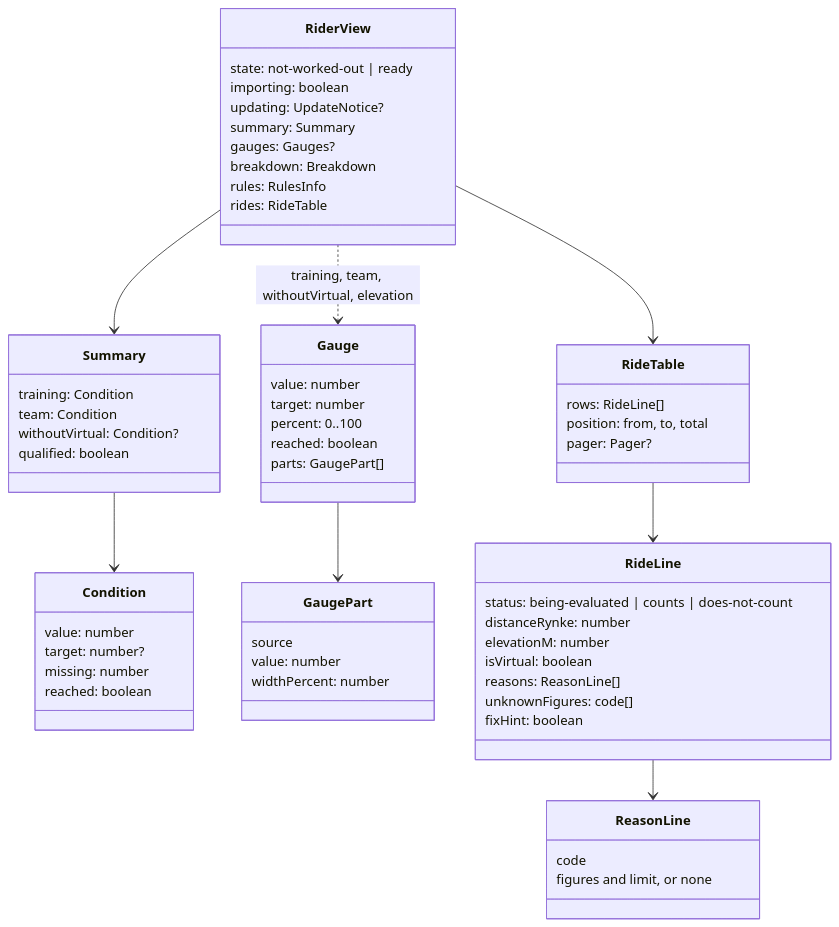
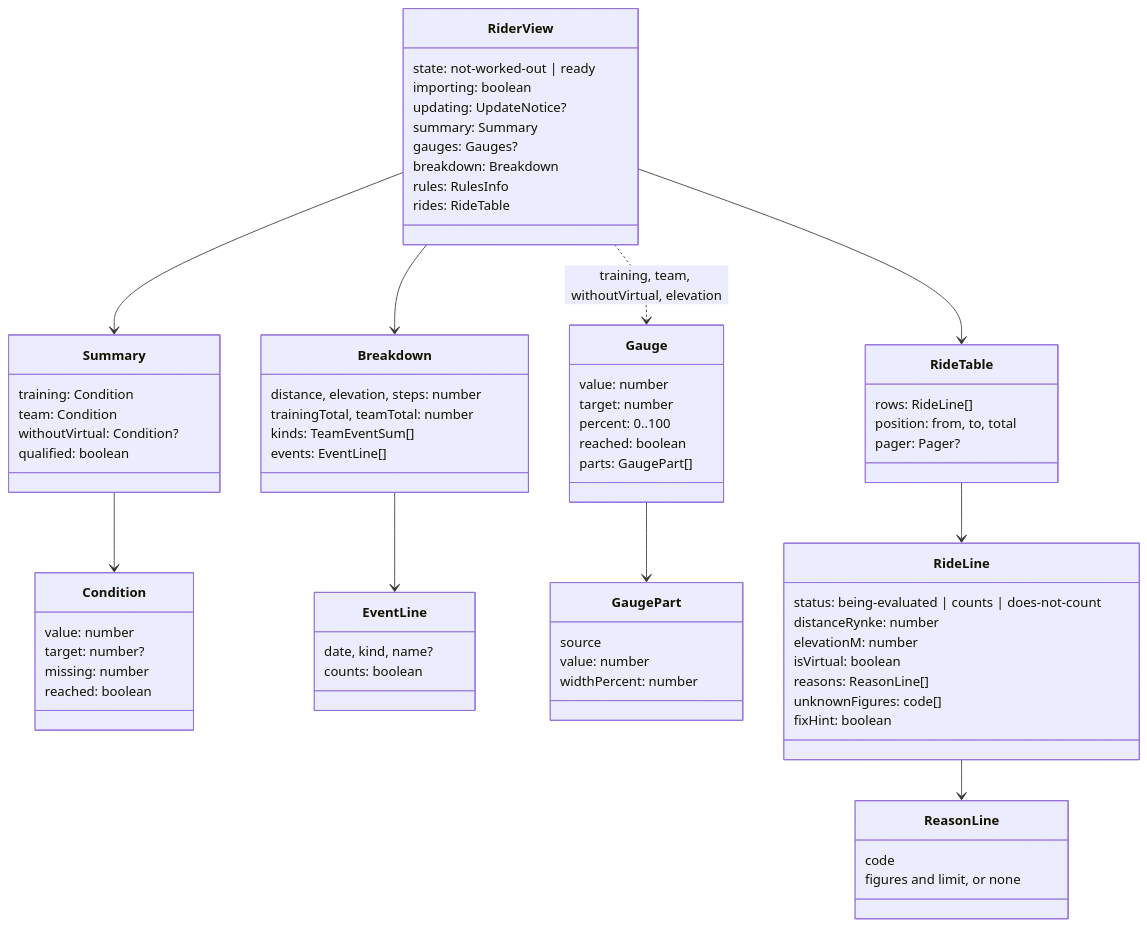
Before and after one commit to SaSteffen/RynkePoints: the fifth of 9 diagrams in specs/005-rider-view/plan.md, drawn with Mermaid. The commit also changed other lines of this file and 2 other files, not shown here.

Commit message:
docs: check rider view diagrams against the build

````diff
--- a/specs/005-rider-view/plan.md
+++ b/specs/005-rider-view/plan.md
@@ -302,62 +305,74 @@
 ```mermaid
 classDiagram
     class RiderView {
         state: not-worked-out | ready
         importing: boolean
         updating: UpdateNotice?
         summary: Summary
         gauges: Gauges?
         breakdown: Breakdown
         rules: RulesInfo
         rides: RideTable
     }
     class Summary {
         training: Condition
         team: Condition
         withoutVirtual: Condition?
         qualified: boolean
     }
     class Condition {
         value: number
         target: number?
         missing: number
         reached: boolean
     }
     class Gauge {
         value: number
         target: number
         percent: 0..100
         reached: boolean
         parts: GaugePart[]
     }
-    class GaugePart {
+    class Breakdown {
+distance, elevation, steps: number
+trainingTotal, teamTotal: number
+kinds: TeamEventSum[]
+events: EventLine[]
+}
+class EventLine {
+date, kind, name?
+counts: boolean
+}
+class GaugePart {
         source
         value: number
         widthPercent: number
     }
     class RideTable {
         rows: RideLine[]
         position: from, to, total
         pager: Pager?
     }
     class RideLine {
         status: being-evaluated | counts | does-not-count
         distanceRynke: number
         elevationM: number
         isVirtual: boolean
         reasons: ReasonLine[]
         unknownFigures: code[]
         fixHint: boolean
     }
     class ReasonLine {
         code
         figures and limit, or none
     }
     RiderView --> Summary
     RiderView --> RideTable
+RiderView --> Breakdown
+Breakdown --> EventLine
     RiderView ..> Gauge : training, team, withoutVirtual, elevation
     Summary --> Condition
     Gauge --> GaugePart
     RideTable --> RideLine
     RideLine --> ReasonLine
 ```
````
